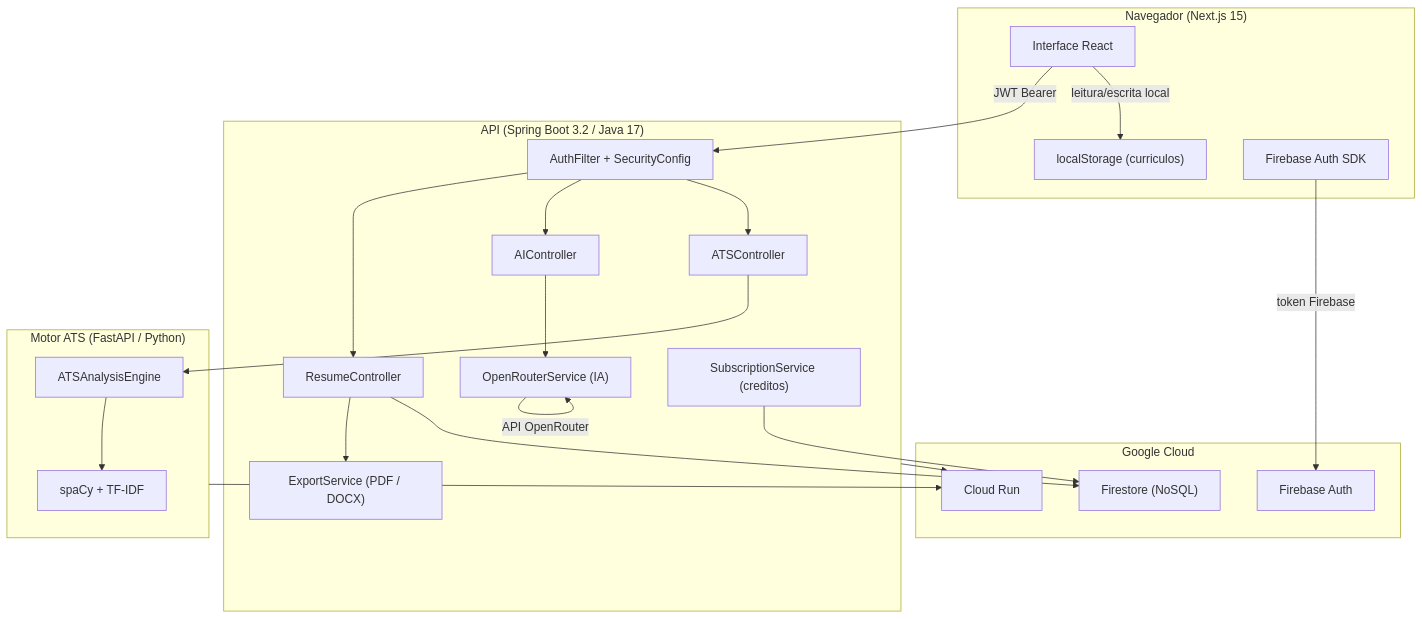
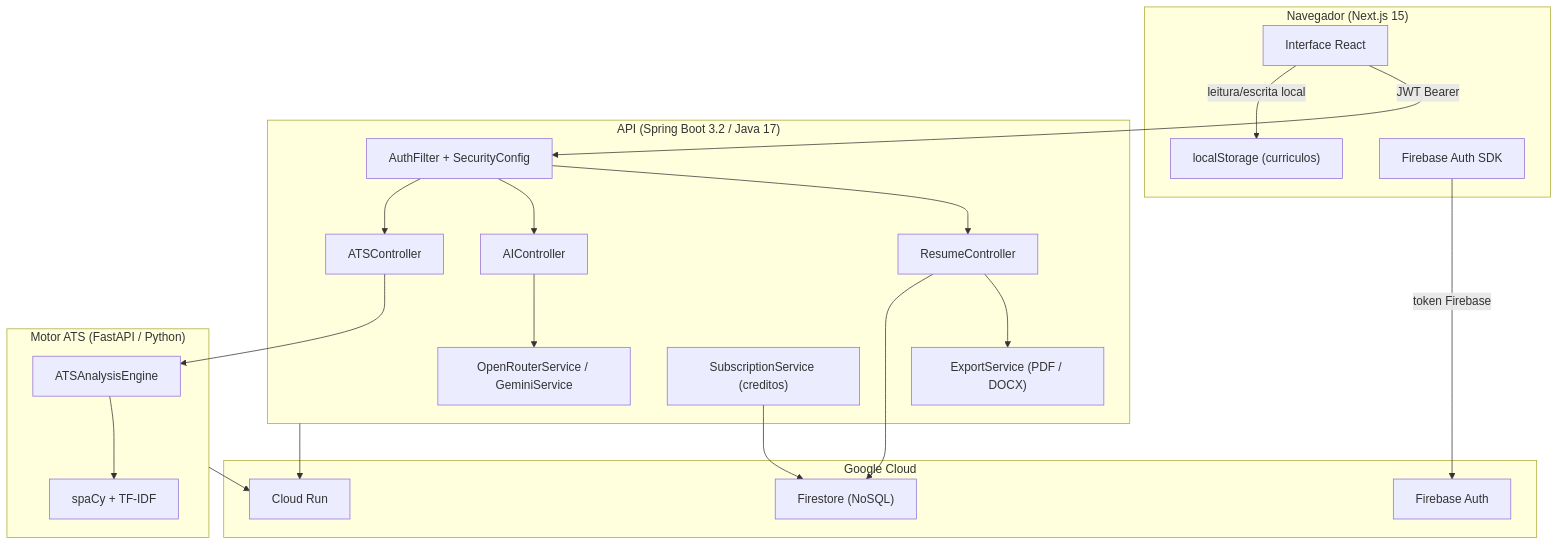
Before and after one commit to LirielC/resuna-web: the diagram in README.md, drawn with Mermaid. The commit also changed other lines of this file, not shown here.

````diff
--- a/README.md
+++ b/README.md
@@ -42,45 +42,44 @@
 ```mermaid
 graph TB
     subgraph Cliente["Navegador (Next.js 15)"]
         UI["Interface React"]
         LS["localStorage (curriculos)"]
         FA["Firebase Auth SDK"]
     end
 
     subgraph Backend["API (Spring Boot 3.2 / Java 17)"]
         AC["AuthFilter + SecurityConfig"]
         RC["ResumeController"]
         AIC["AIController"]
         ATSC["ATSController"]
         ES["ExportService (PDF / DOCX)"]
-        ORS["OpenRouterService (IA)"]
+        ORS["OpenRouterService / GeminiService"]
         SS["SubscriptionService (creditos)"]
     end
 
     subgraph ATS["Motor ATS (FastAPI / Python)"]
         AE["ATSAnalysisEngine"]
         NLP["spaCy + TF-IDF"]
     end
 
     subgraph Infra["Google Cloud"]
         FS["Firestore (NoSQL)"]
         FBAUTH["Firebase Auth"]
         CR["Cloud Run"]
     end
 
     UI -->|JWT Bearer| AC
     UI -->|leitura/escrita local| LS
     FA -->|token Firebase| FBAUTH
     AC --> RC
     AC --> AIC
     AC --> ATSC
     AIC --> ORS
     ATSC --> AE
     AE --> NLP
     RC --> ES
     RC --> FS
-    ORS -->|API OpenRouter| ORS
     SS --> FS
     Backend --> CR
     ATS --> CR
 ```
````
